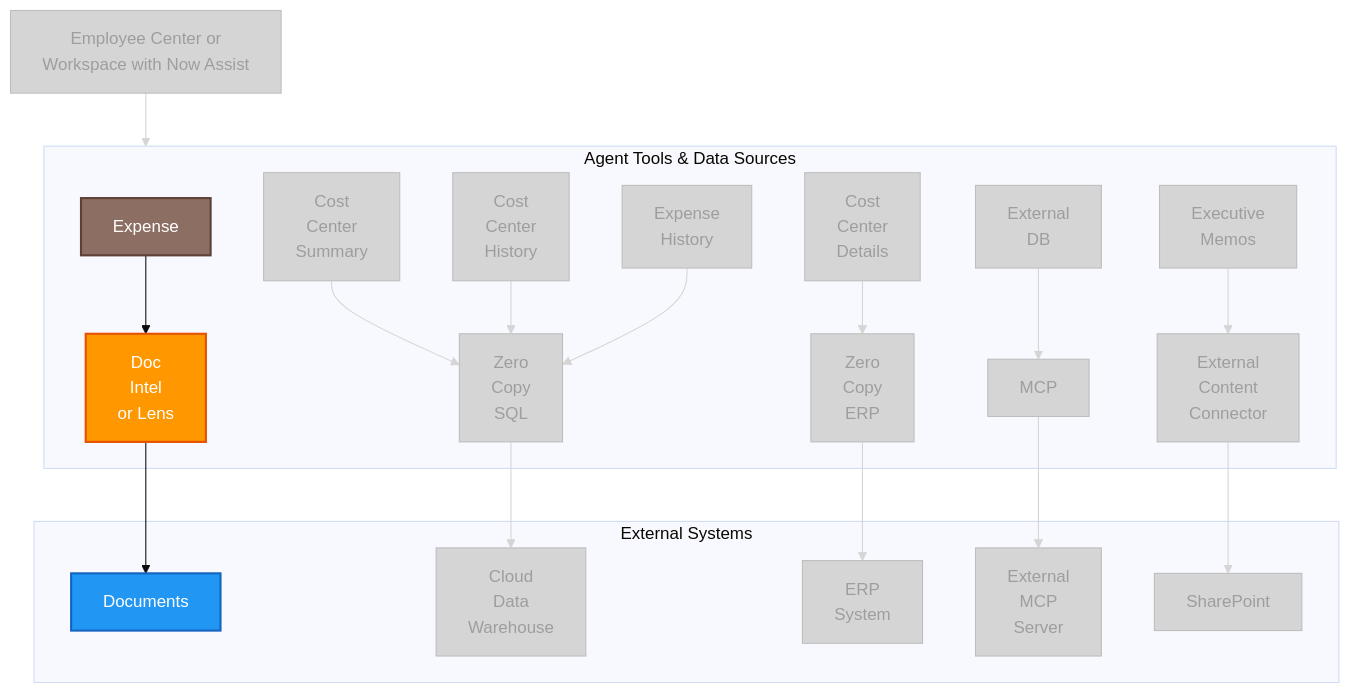
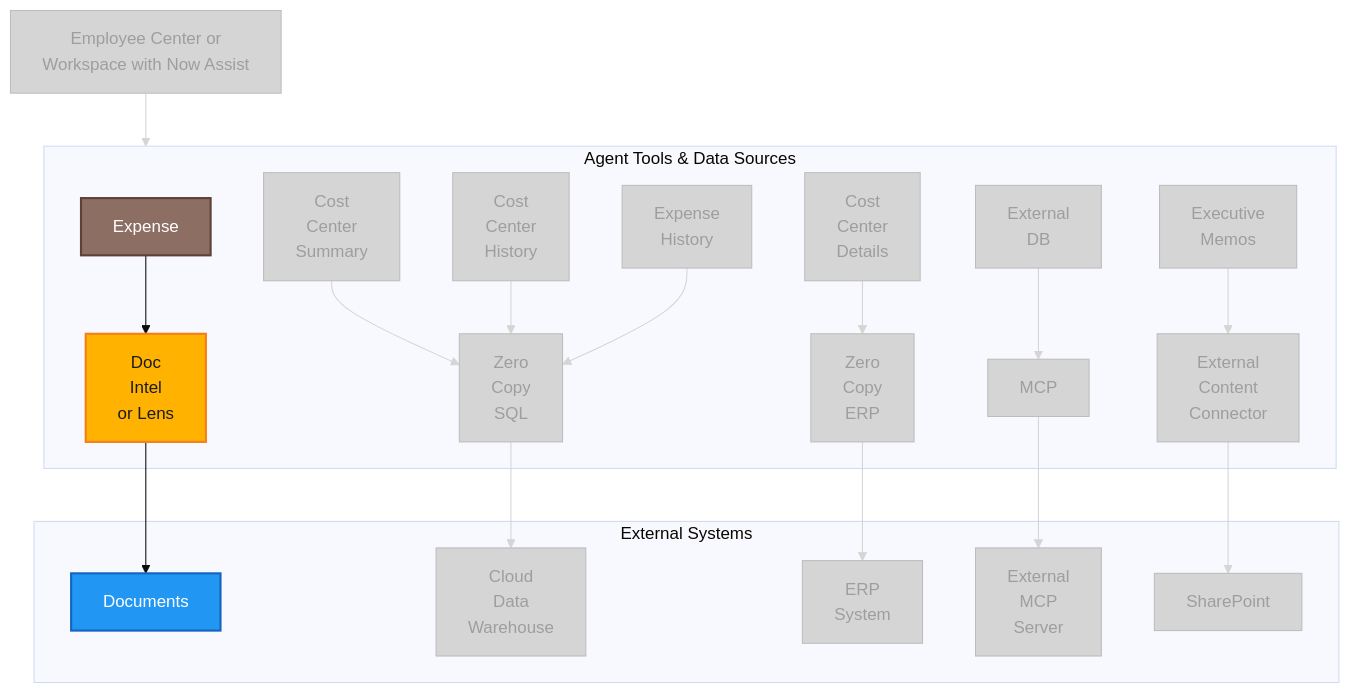
Before and after one commit to leojacinto/WorkflowDataFabric-TypeB: the diagram in other-diagrams/outcome-agent-flow-doc-intelligence.md, drawn with Mermaid (base theme). The commit also changed 2 other files, not shown here.

Commit message:
Use nowassist gold (#FFB300) for Doc Intel or Lens node to match GitBook theme

````diff
--- a/other-diagrams/outcome-agent-flow-doc-intelligence.md
+++ b/other-diagrams/outcome-agent-flow-doc-intelligence.md
@@ -6,67 +6,67 @@
 ```mermaid
 graph TD
 
     EC[Employee Center or<br/>Workspace with Now Assist]
   
     subgraph TOOLS["Agent Tools & Data Sources"]
         T1["Expense"]
         T2["Cost<br/>Center<br/>Details"]
         T3["Cost<br/>Center<br/>Summary"]        
         T4["Cost<br/>Center<br/>History"]
         T5["Expense<br/>History"]
         T6["External<br/>DB"]
         T7["Executive<br/>Memos"]
         S_DI["Doc<br/>Intel<br/>or Lens"]
         S2["Zero<br/>Copy<br/>ERP"]
         S3["Zero<br/>Copy<br/>SQL"]        
         S6["MCP"]
         S7["External<br/>Content<br/>Connector"]
     end
 
     subgraph EXT["External Systems"]
         DOCS["Documents"]
         CDW["Cloud<br/>Data<br/>Warehouse"]
         ERP["ERP<br>System"]
         MCP_EXT["External<br/>MCP<br/>Server"]
         SharePoint["SharePoint"]
     end
     
     EC --> TOOLS
     T1 --> S_DI --> DOCS
     T2 --> S2 --> ERP
     T3 --> S3 --> CDW
     T4 --> S3 
     T5 --> S3 
     T6 --> S6 --> MCP_EXT
     T7 --> S7 --> SharePoint
 
     %% Styling
     classDef external fill:#2196F3,stroke:#1565C0,stroke-width:2px,color:#fff
     classDef wdf fill:#9C27B0,stroke:#6A1B9A,stroke-width:2px,color:#fff
     classDef data fill:#8D6E63,stroke:#5D4037,stroke-width:2px,color:#fff
-    classDef docintel fill:#FF9800,stroke:#E65100,stroke-width:2px,color:#fff
+    classDef docintel fill:#FFB300,stroke:#F57F17,stroke-width:2px,color:#1a1a1a
     classDef greyed fill:#D5D5D5,stroke:#BDBDBD,stroke-width:1px,color:#9E9E9E
 
     %% Highlight Expense → Doc Intel or Lens → Documents
     class T1 data
     class S_DI docintel
     class DOCS external
 
     %% Grey out everything else
     class EC,T2,T3,T4,T5,T6,T7 greyed
     class S2,S3,S6,S7 greyed
     class CDW,ERP,MCP_EXT,SharePoint greyed
 
     %% Grey out non-highlighted edges (keep 1:T1→S_DI, 2:S_DI→DOCS)
     linkStyle 0 stroke:#D5D5D5,stroke-width:1px
     linkStyle 3 stroke:#D5D5D5,stroke-width:1px
     linkStyle 4 stroke:#D5D5D5,stroke-width:1px
     linkStyle 5 stroke:#D5D5D5,stroke-width:1px
     linkStyle 6 stroke:#D5D5D5,stroke-width:1px
     linkStyle 7 stroke:#D5D5D5,stroke-width:1px
     linkStyle 8 stroke:#D5D5D5,stroke-width:1px
     linkStyle 9 stroke:#D5D5D5,stroke-width:1px
     linkStyle 10 stroke:#D5D5D5,stroke-width:1px
     linkStyle 11 stroke:#D5D5D5,stroke-width:1px
     linkStyle 12 stroke:#D5D5D5,stroke-width:1px
 ```
````
